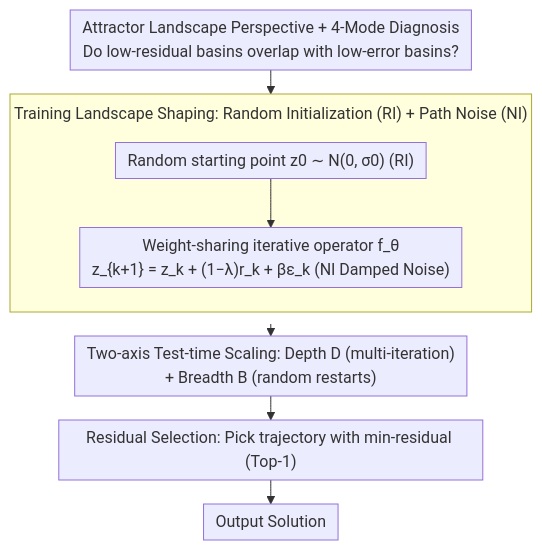
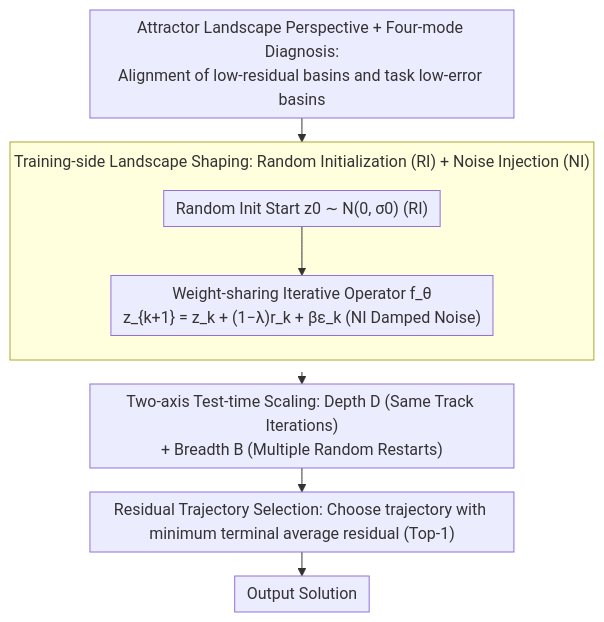
The diagram in docs/ICML2026/interpretability/equilibrium_reasoners_learning_attractors_enables_scalable_reasoning.md (zhaoyang97/Paper-Notes-en), drawn with Mermaid before and after one commit. The commit also changed other lines of this file and 5084 other files, not shown here.

````diff
--- a/docs/ICML2026/interpretability/equilibrium_reasoners_learning_attractors_enables_scalable_reasoning.md
+++ b/docs/ICML2026/interpretability/equilibrium_reasoners_learning_attractors_enables_scalable_reasoning.md
@@ -43,12 +43,12 @@
 ```mermaid
 %%{init: {'flowchart': {'rankSpacing': 24, 'nodeSpacing': 28, 'padding': 6, 'wrappingWidth': 400, 'subGraphTitleMargin': {'top': 8, 'bottom': 16}}}}%%
 flowchart TD
-    A["Attractor Landscape Perspective + 4-Mode Diagnosis<br/>Do low-residual basins overlap with low-error basins?"] --> B
-    subgraph TRAIN["Training Landscape Shaping: Random Initialization (RI) + Path Noise (NI)"]
+    A["Attractor Landscape Perspective + Four-mode Diagnosis:<br/>Alignment of low-residual basins and task low-error basins"] --> B
+    subgraph TRAIN["Training-side Landscape Shaping: Random Initialization (RI) + Noise Injection (NI)"]
         direction TB
-        B["Random starting point z0 ∼ N(0, σ0) (RI)"] --> C["Weight-sharing iterative operator f_θ<br/>z_{k+1} = z_k + (1−λ)r_k + βε_k (NI Damped Noise)"]
+        B["Random Init Start z0 ∼ N(0, σ0) (RI)"] --> C["Weight-sharing Iterative Operator f_θ<br/>z_{k+1} = z_k + (1−λ)r_k + βε_k (NI Damped Noise)"]
     end
-    TRAIN --> D["Two-axis Test-time Scaling: Depth D (multi-iteration)<br/>+ Breadth B (random restarts)"]
-    D --> E["Residual Selection: Pick trajectory with min-residual (Top-1)"]
+    TRAIN --> D["Two-axis Test-time Scaling: Depth D (Same Track Iterations)<br/>+ Breadth B (Multiple Random Restarts)"]
+    D --> E["Residual Trajectory Selection: Choose trajectory with minimum terminal average residual (Top-1)"]
     E --> F["Output Solution"]
 ```
````
